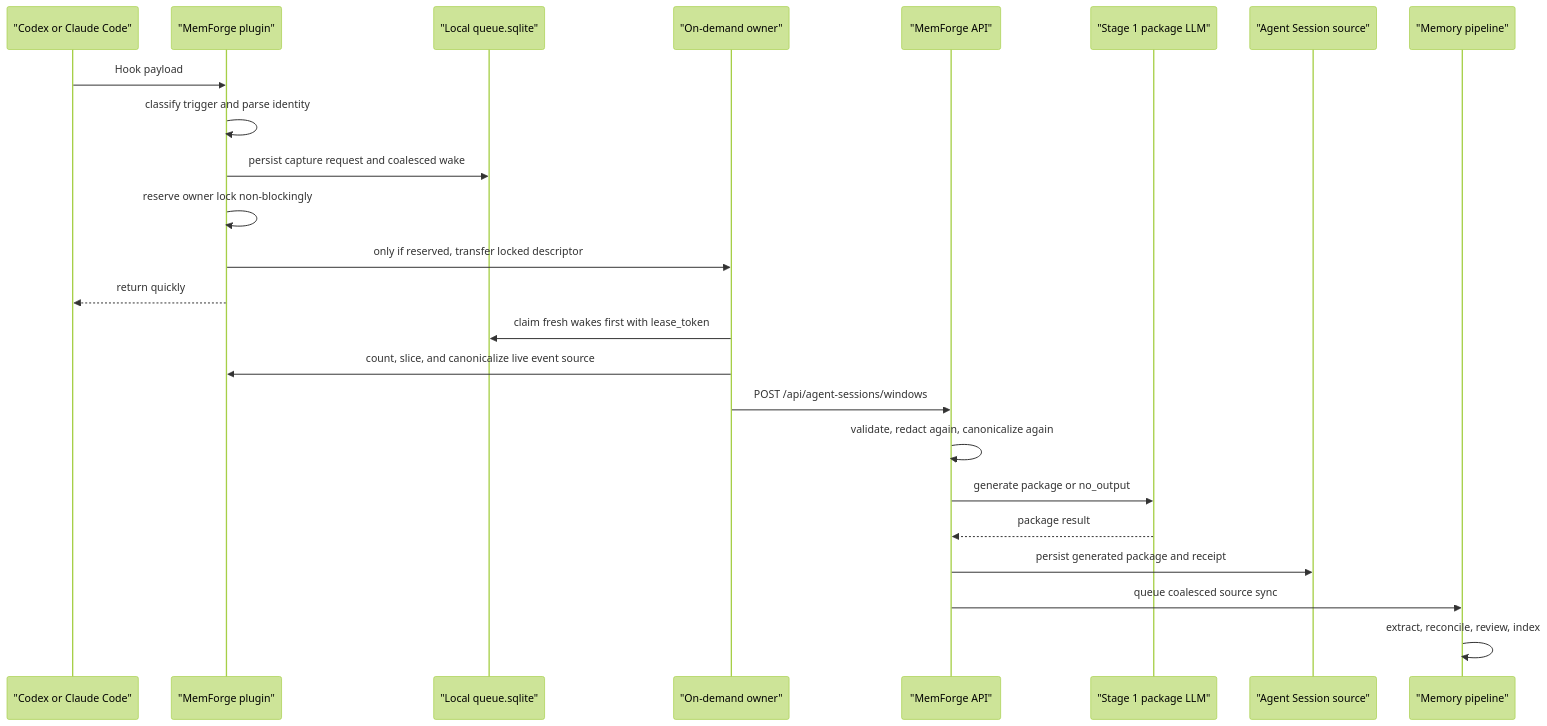
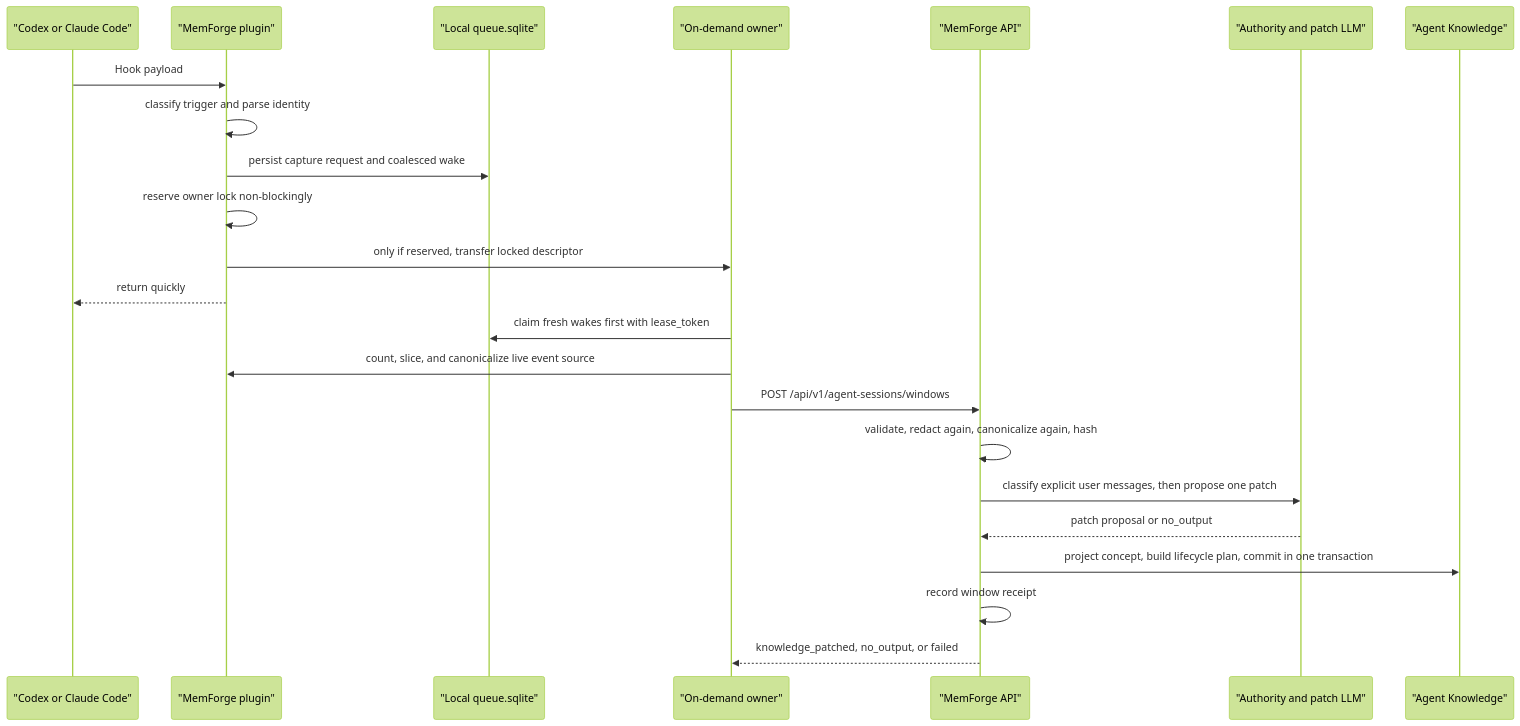
One commit to shno-labs/mem-forge changed the diagram in docs/design/agent-session-saas-plugin-flow.md. Above: the diagram before and after it, drawn with Mermaid (forest theme). The commit also changed other lines of this file and 1 other file, not shown here.

Commit message:
Describe agent-session capture as a direct Agent Knowledge patch per window, without packages or source sync

````diff
--- a/docs/design/agent-session-saas-plugin-flow.md
+++ b/docs/design/agent-session-saas-plugin-flow.md
@@ -43,27 +49,26 @@
 ```mermaid
 sequenceDiagram
   participant Tool as "Codex or Claude Code"
   participant Plugin as "MemForge plugin"
   participant Queue as "Local queue.sqlite"
   participant Worker as "On-demand owner"
   participant API as "MemForge API"
-  participant LLM as "Stage 1 package LLM"
-  participant Source as "Agent Session source"
-  participant Pipeline as "Memory pipeline"
+  participant LLM as "Authority and patch LLM"
+  participant Knowledge as "Agent Knowledge"
 
   Tool->>Plugin: Hook payload
   Plugin->>Plugin: classify trigger and parse identity
   Plugin->>Queue: persist capture request and coalesced wake
   Plugin->>Plugin: reserve owner lock non-blockingly
   Plugin->>Worker: only if reserved, transfer locked descriptor
   Plugin-->>Tool: return quickly
   Worker->>Queue: claim fresh wakes first with lease_token
   Worker->>Plugin: count, slice, and canonicalize live event source
-  Worker->>API: POST /api/agent-sessions/windows
-  API->>API: validate, redact again, canonicalize again
-  API->>LLM: generate package or no_output
-  LLM-->>API: package result
-  API->>Source: persist generated package and receipt
-  API->>Pipeline: queue coalesced source sync
-  Pipeline->>Pipeline: extract, reconcile, review, index
+  Worker->>API: POST /api/v1/agent-sessions/windows
+  API->>API: validate, redact again, canonicalize again, hash
+  API->>LLM: classify explicit user messages, then propose one patch
+  LLM-->>API: patch proposal or no_output
+  API->>Knowledge: project concept, build lifecycle plan, commit in one transaction
+  API->>API: record window receipt
+  API-->>Worker: knowledge_patched, no_output, or failed
 ```
````
